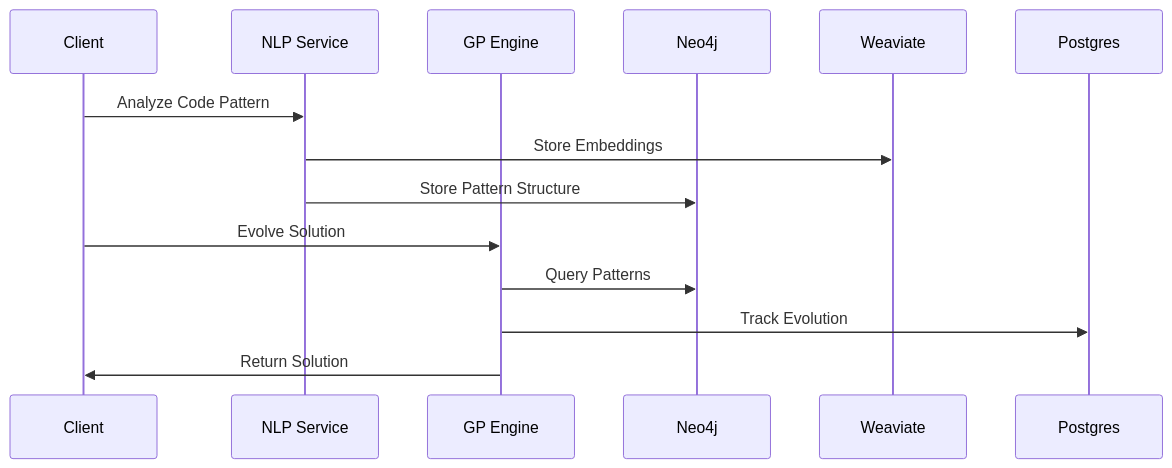
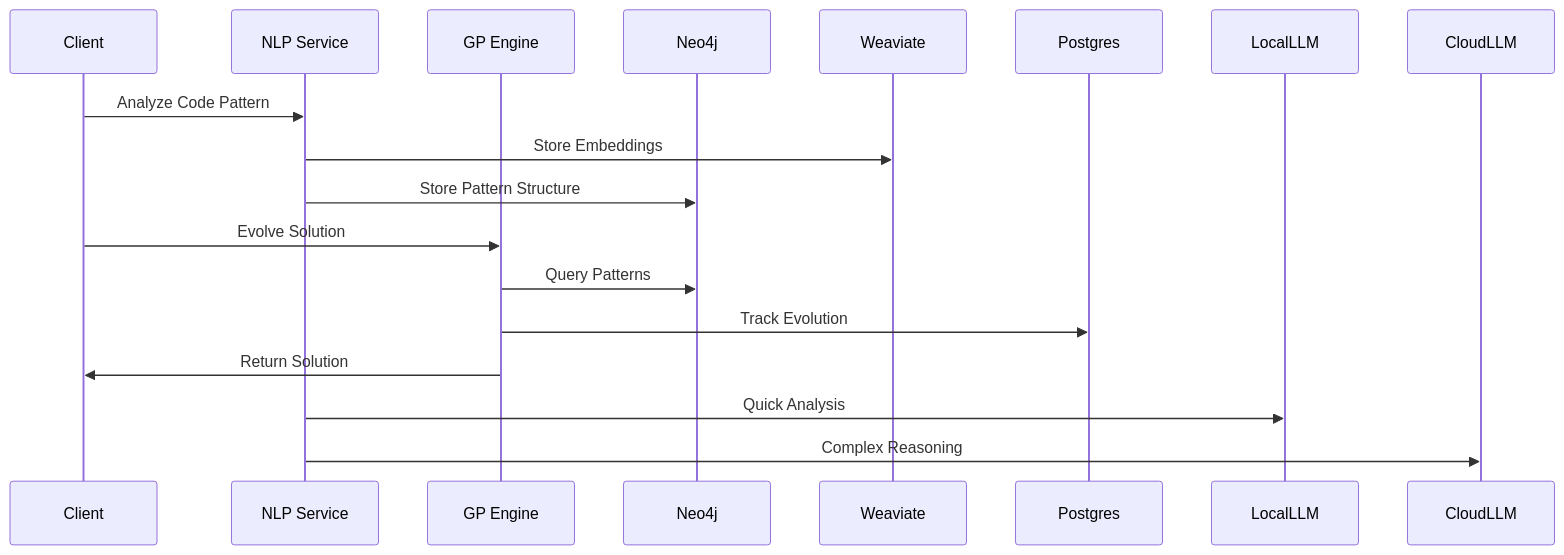
The sixth of 16 diagrams in README.md (nshkrdotcom/EADS), drawn with Mermaid before and after one commit. The commit also changed other lines of this file and 5 other files, not shown here.

Commit message:
add local and cloud inference to diags

````diff
--- a/README.md
+++ b/README.md
@@ -837,18 +844,20 @@
 ```mermaid
 sequenceDiagram
     participant Client
     participant NLP as NLP Service
     participant GP as GP Engine
     participant Neo4j
     participant Weaviate
     participant Postgres
 
     Client->>NLP: Analyze Code Pattern
     NLP->>Weaviate: Store Embeddings
     NLP->>Neo4j: Store Pattern Structure
 
     Client->>GP: Evolve Solution
     GP->>Neo4j: Query Patterns
     GP->>Postgres: Track Evolution
     GP->>Client: Return Solution
+	NLP->>LocalLLM: Quick Analysis
+	NLP->>CloudLLM: Complex Reasoning
 ```
````
